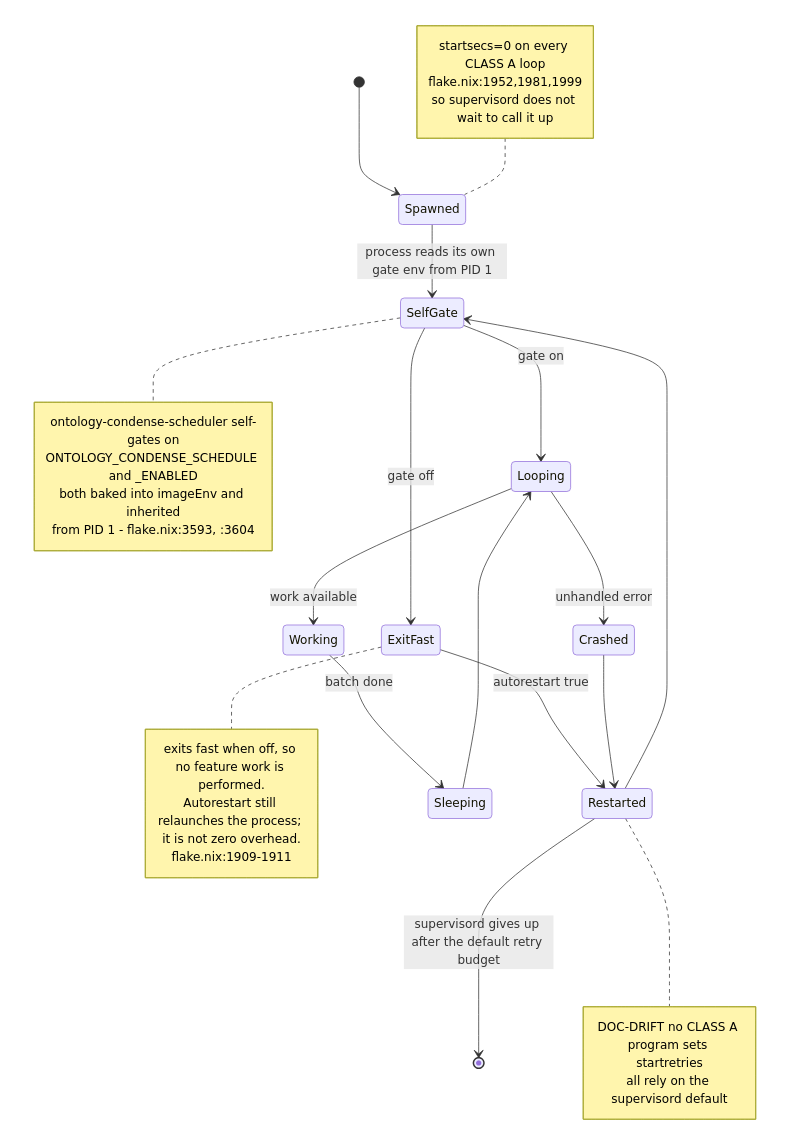
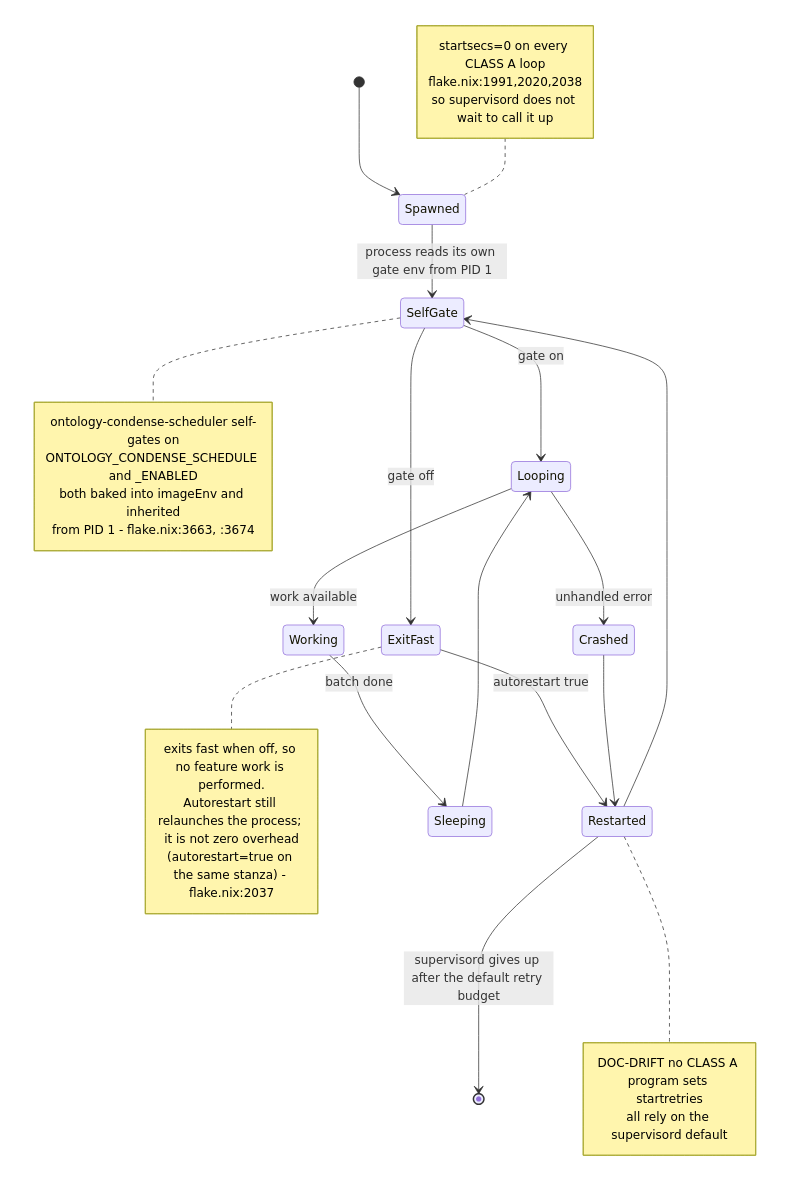
The second of 11 diagrams in docs/diagrams/agentbox/07-daemons-reapers-cron-backups.md (DreamLab-AI/VisionFlow), drawn with Mermaid before and after one commit. The commit also changed other lines of this file and 136 other files, not shown here.

First line of the commit message:
docs(diagrams): refresh the whole corpus to code HEAD and prune low-value diagrams

````diff
--- a/docs/diagrams/agentbox/07-daemons-reapers-cron-backups.md
+++ b/docs/diagrams/agentbox/07-daemons-reapers-cron-backups.md
@@ -47,36 +48,36 @@
 ```mermaid
 stateDiagram-v2
     [*] --> Spawned
     Spawned --> SelfGate: process reads its own gate env from PID 1
     SelfGate --> ExitFast: gate off
     SelfGate --> Looping: gate on
     ExitFast --> Restarted: autorestart true
     Restarted --> SelfGate
     Looping --> Working: work available
     Working --> Sleeping: batch done
     Sleeping --> Looping
     Looping --> Crashed: unhandled error
     Crashed --> Restarted
     Restarted --> [*]: supervisord gives up after the default retry budget
 
     note right of SelfGate
         ontology-condense-scheduler self-gates on
         ONTOLOGY_CONDENSE_SCHEDULE and _ENABLED
         both baked into imageEnv and inherited
-        from PID 1 - flake.nix:3593, :3604
+        from PID 1 - flake.nix:3663, :3674
     end note
     note right of ExitFast
         exits fast when off, so no feature work is performed.
-        Autorestart still relaunches the process; it is not zero overhead.
-        flake.nix:1909-1911
+        Autorestart still relaunches the process; it is not zero overhead
+        (autorestart=true on the same stanza) - flake.nix:2037
     end note
     note left of Spawned
         startsecs=0 on every CLASS A loop
-        flake.nix:1952,1981,1999
+        flake.nix:1991,2020,2038
         so supervisord does not wait to call it up
     end note
     note right of Restarted
         DOC-DRIFT no CLASS A program sets startretries
         all rely on the supervisord default
     end note
 ```
````
